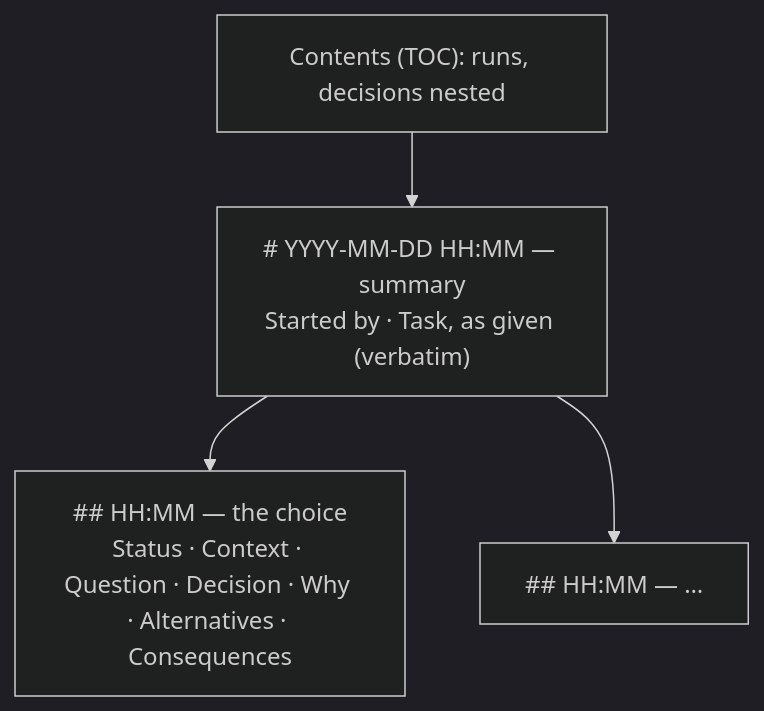
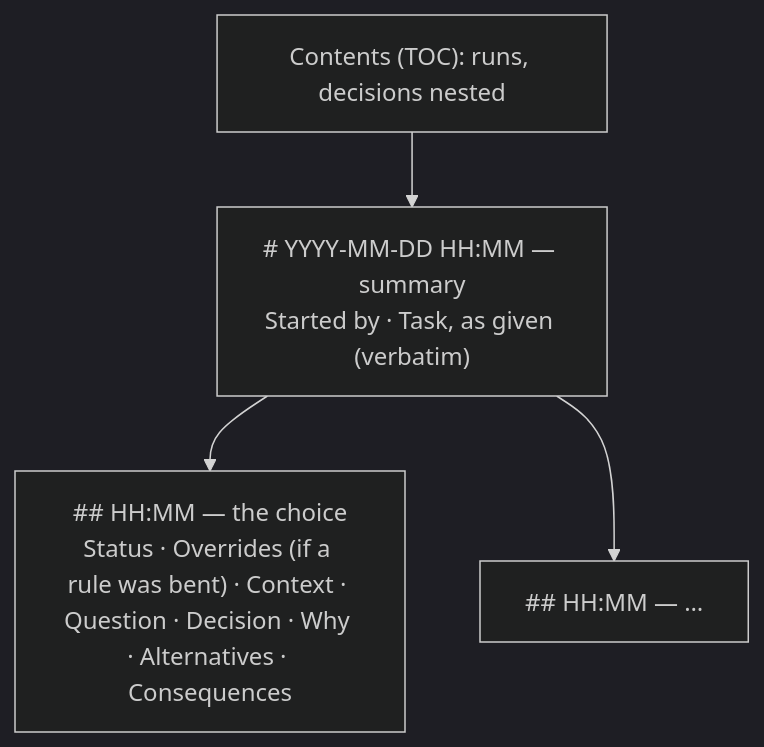
One commit to tillg/till-claude-code-marketplace changed the second of 2 diagrams in specs/system/functional.md. Above: the diagram before and after it, drawn with Mermaid (dark theme). The commit also changed other lines of this file and 28 other files, not shown here.

First line of the commit message:
spec 12.0.0, autonomous 2.0.0: Pocock-inspired flow

````diff
--- a/specs/system/functional.md
+++ b/specs/system/functional.md
@@ -106,6 +119,6 @@
 ```mermaid
 graph TD
   T["Contents (TOC): runs, decisions nested"] --> R["# YYYY-MM-DD HH:MM — summary<br/>Started by · Task, as given (verbatim)"]
-  R --> D1["## HH:MM — the choice<br/>Status · Context · Question · Decision · Why · Alternatives · Consequences"]
+  R --> D1["## HH:MM — the choice<br/>Status · Overrides (if a rule was bent) · Context · Question · Decision · Why · Alternatives · Consequences"]
   R --> D2["## HH:MM — …"]
 ```
````
